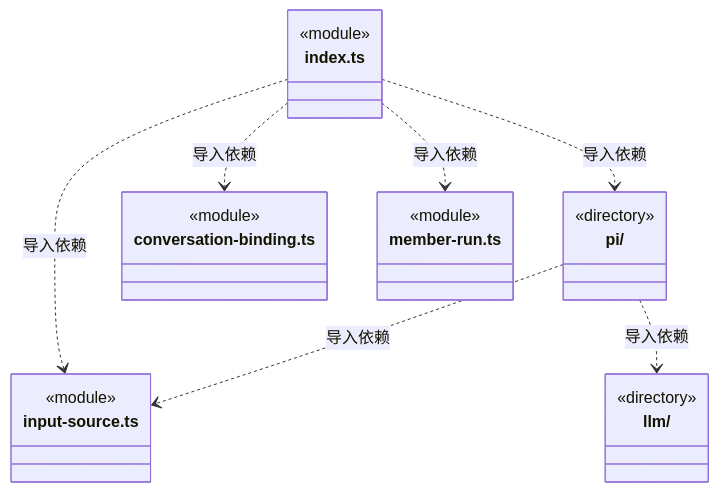
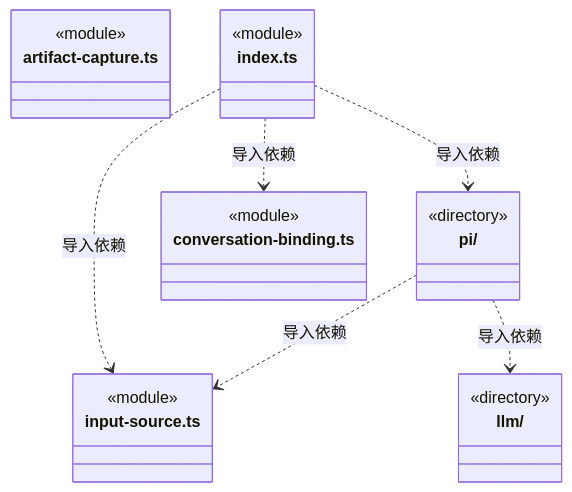
One commit to nan023062/cbim changed the first of 11 diagrams in src/backend/core/brain/ARCHITECTURE.md. Above: the diagram before and after it, drawn with Mermaid. The commit also changed other lines of this file and 56 other files, not shown here.

````diff
--- a/src/backend/core/brain/ARCHITECTURE.md
+++ b/src/backend/core/brain/ARCHITECTURE.md
@@ -26,27 +27,26 @@
 ```mermaid
 classDiagram
 class N_src_backend_core_brain_llm["llm/"] {
   <<directory>>
 }
 class N_src_backend_core_brain_pi["pi/"] {
   <<directory>>
+}
+class N_src_backend_core_brain_artifact_capture_ts["artifact-capture.ts"] {
+  <<module>>
 }
 class N_src_backend_core_brain_conversation_binding_ts["conversation-binding.ts"] {
   <<module>>
 }
 class N_src_backend_core_brain_index_ts["index.ts"] {
   <<module>>
 }
 class N_src_backend_core_brain_input_source_ts["input-source.ts"] {
   <<module>>
 }
-class N_src_backend_core_brain_member_run_ts["member-run.ts"] {
-  <<module>>
-}
-N_src_backend_core_brain_index_ts ..> N_src_backend_core_brain_member_run_ts : 导入依赖
 N_src_backend_core_brain_index_ts ..> N_src_backend_core_brain_input_source_ts : 导入依赖
 N_src_backend_core_brain_index_ts ..> N_src_backend_core_brain_conversation_binding_ts : 导入依赖
 N_src_backend_core_brain_index_ts ..> N_src_backend_core_brain_pi : 导入依赖
 N_src_backend_core_brain_pi ..> N_src_backend_core_brain_input_source_ts : 导入依赖
 N_src_backend_core_brain_pi ..> N_src_backend_core_brain_llm : 导入依赖
 ```
````
